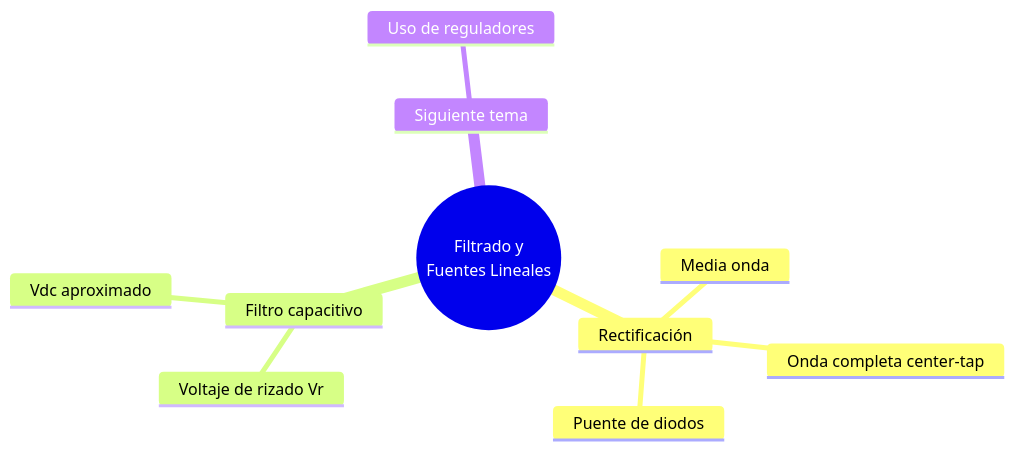
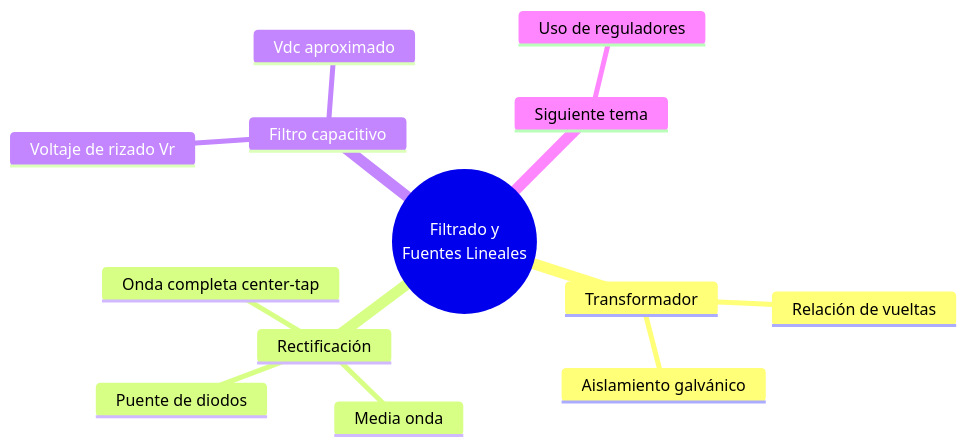
The diagram in src/site/notes/Universidad/3er Semestre/Fundamentos de Electricidad y Sistemas Digitales/Teórico/Unidad 2 - Introducción a la Electrónica/04 - Circuitos de Filtrado y Fuentes Lineales.md (Fsteven22/Notas-ESPOL), drawn with Mermaid before and after one commit. The commit also changed other lines of this file and 25 other files, not shown here.

````diff
--- a/src/site/notes/Universidad/3er Semestre/Fundamentos de Electricidad y Sistemas Digitales/Teórico/Unidad 2 - Introducción a la Electrónica/04 - Circuitos de Filtrado y Fuentes Lineales.md
+++ b/src/site/notes/Universidad/3er Semestre/Fundamentos de Electricidad y Sistemas Digitales/Teórico/Unidad 2 - Introducción a la Electrónica/04 - Circuitos de Filtrado y Fuentes Lineales.md
@@ -197,13 +230,16 @@
 ```mermaid
 mindmap
   root((Filtrado y<br/>Fuentes Lineales))
+    Transformador
+      Relación de vueltas
+      Aislamiento galvánico
     Rectificación
       Media onda
       Onda completa center-tap
       Puente de diodos
     Filtro capacitivo
       Voltaje de rizado Vr
       Vdc aproximado
     Siguiente tema
       Uso de reguladores
 ```
````
